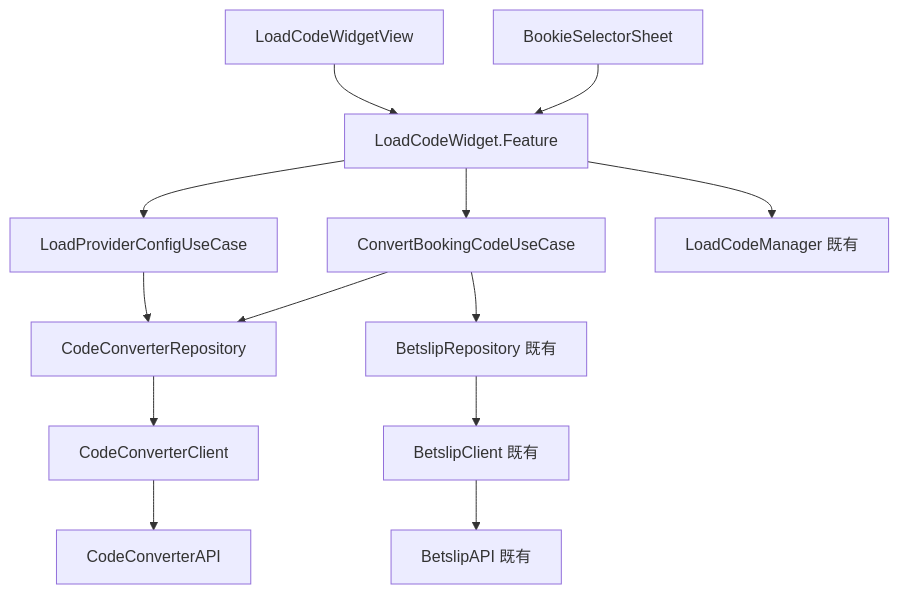
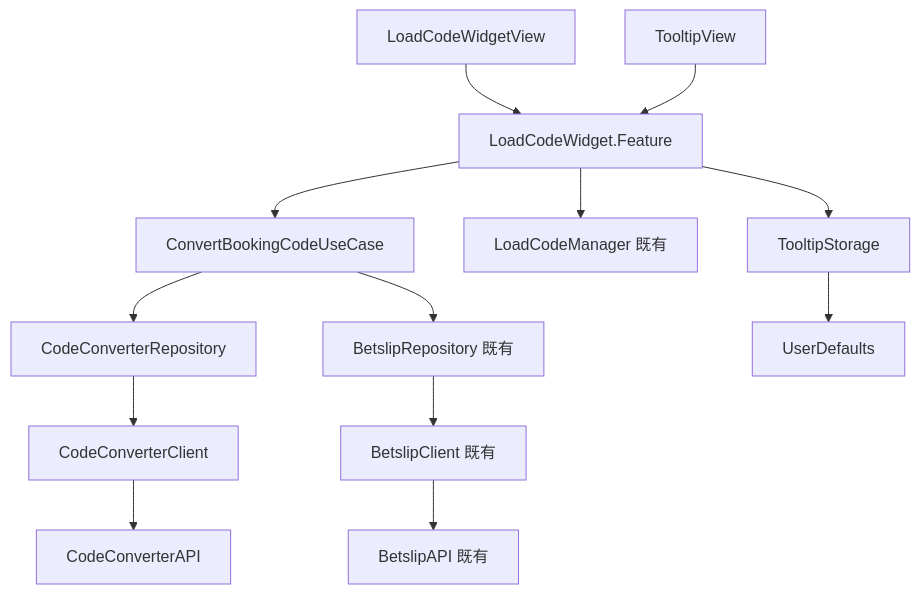
The diagram in TDD/03_Module Responsibility/01_module_responsibility.md (HsinChungHan/Code_Converter_TDD), drawn with Mermaid before and after one commit. The commit also changed other lines of this file and 7 other files, not shown here.

````diff
--- a/TDD/03_Module Responsibility/01_module_responsibility.md
+++ b/TDD/03_Module Responsibility/01_module_responsibility.md
@@ -154,15 +189,15 @@
 ```mermaid
 graph TD
     LCW[LoadCodeWidgetView] --> LCF[LoadCodeWidget.Feature]
-    BSS[BookieSelectorSheet] --> LCF
-    LCF --> LPCU[LoadProviderConfigUseCase]
+    Tooltip[TooltipView] --> LCF
     LCF --> CBCU[ConvertBookingCodeUseCase]
     LCF --> LCM[LoadCodeManager 既有]
-    LPCU --> CCR[CodeConverterRepository]
-    CBCU --> CCR
+    LCF --> TS[TooltipStorage]
+    CBCU --> CCR[CodeConverterRepository]
     CBCU --> BR[BetslipRepository 既有]
     CCR --> CCC[CodeConverterClient]
     BR --> BC[BetslipClient 既有]
     CCC --> CCA[CodeConverterAPI]
     BC --> BA[BetslipAPI 既有]
+    TS --> UD[UserDefaults]
 ```
````
